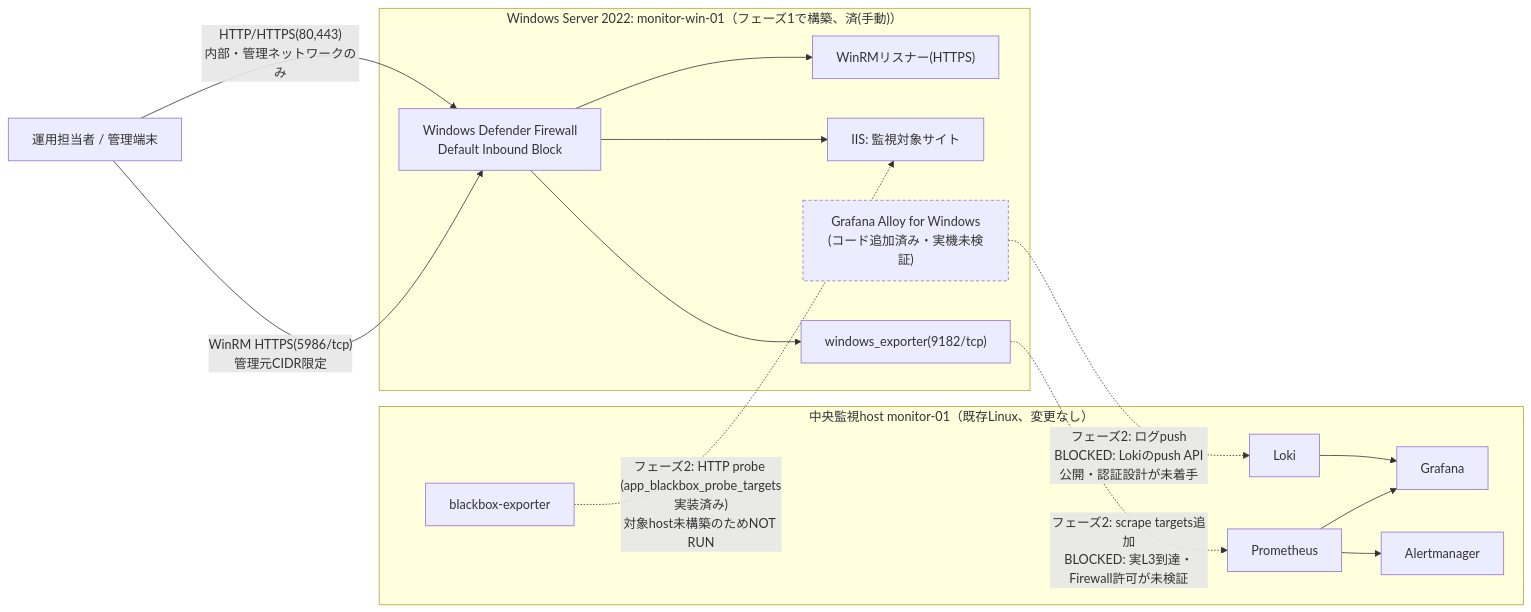
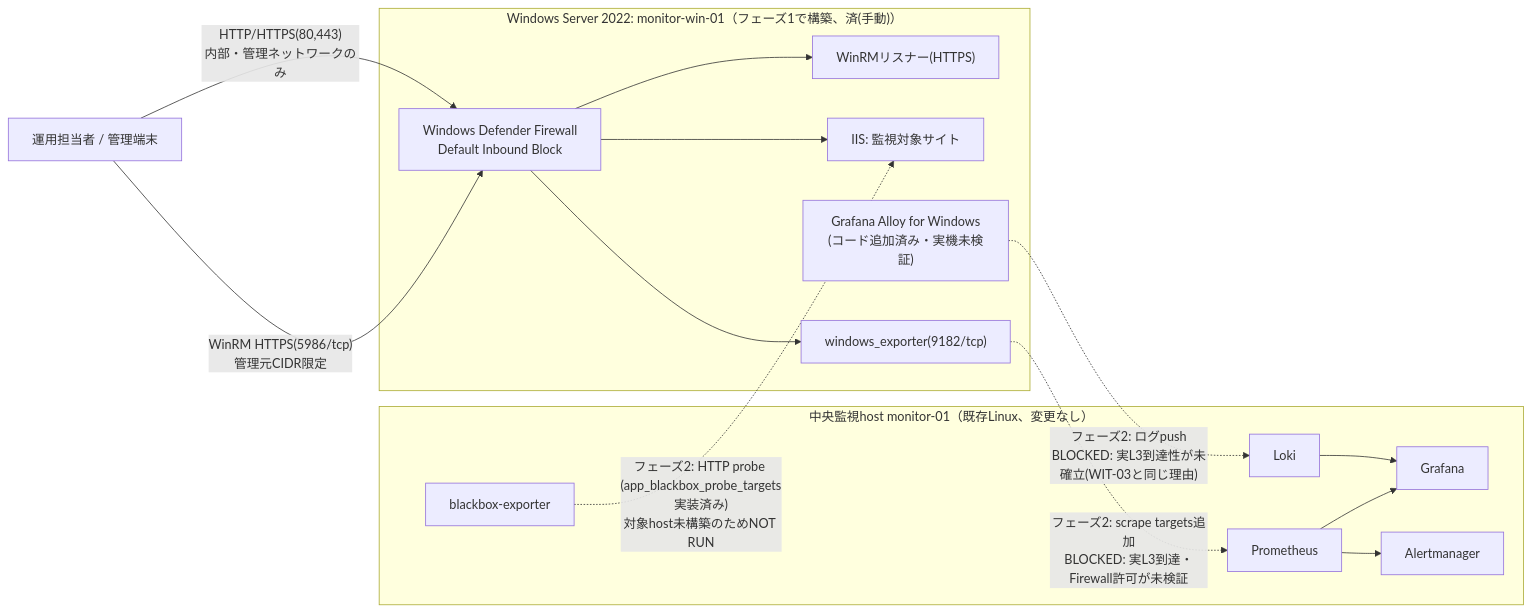
The diagram in docs/build-package-windows/01-basic-design.md (ns7jp/server), drawn with Mermaid before and after one commit. The commit also changed other lines of this file and 8 other files, not shown here.

````diff
--- a/docs/build-package-windows/01-basic-design.md
+++ b/docs/build-package-windows/01-basic-design.md
@@ -58,34 +61,31 @@
 ```mermaid
 flowchart LR
     Admin["運用担当者 / 管理端末"] -->|"WinRM HTTPS(5986/tcp)\n管理元CIDR限定"| FW
     Admin -->|"HTTP/HTTPS(80,443)\n内部・管理ネットワークのみ"| FW
 
     subgraph WinHost["Windows Server 2022: monitor-win-01（フェーズ1で構築、済(手動)）"]
         FW["Windows Defender Firewall\nDefault Inbound Block"]
         WinRM["WinRMリスナー(HTTPS)"]
         IIS["IIS: 監視対象サイト"]
         WinExp["windows_exporter(9182/tcp)"]
         Alloy["Grafana Alloy for Windows\n(コード追加済み・実機未検証)"]
         FW --> WinRM
         FW --> IIS
         FW --> WinExp
     end
 
     subgraph Central["中央監視host monitor-01（既存Linux、変更なし）"]
         Prom["Prometheus"]
         BB["blackbox-exporter"]
         Graf["Grafana"]
         AM["Alertmanager"]
         Loki["Loki"]
         Prom --> Graf
         Prom --> AM
         Loki --> Graf
     end
 
     WinExp -.->|"フェーズ2: scrape targets追加\nBLOCKED: 実L3到達・Firewall許可が未検証"| Prom
     BB -.->|"フェーズ2: HTTP probe (app_blackbox_probe_targets実装済み)\n対象host未構築のためNOT RUN"| IIS
-    Alloy -.->|"フェーズ2: ログpush\nBLOCKED: Lokiのpush API公開・認証設計が未着手"| Loki
-
-    classDef future stroke-dasharray: 4 3;
-    class Alloy future;
+    Alloy -.->|"フェーズ2: ログpush\nBLOCKED: 実L3到達性が未確立(WIT-03と同じ理由)"| Loki
 ```
````
